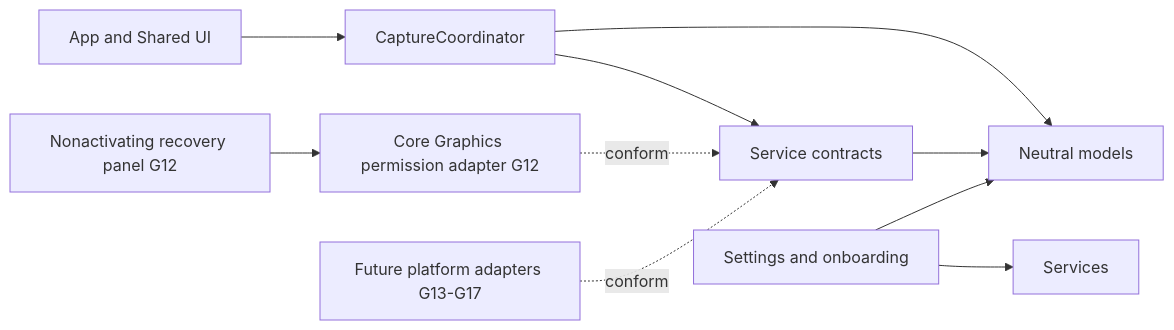
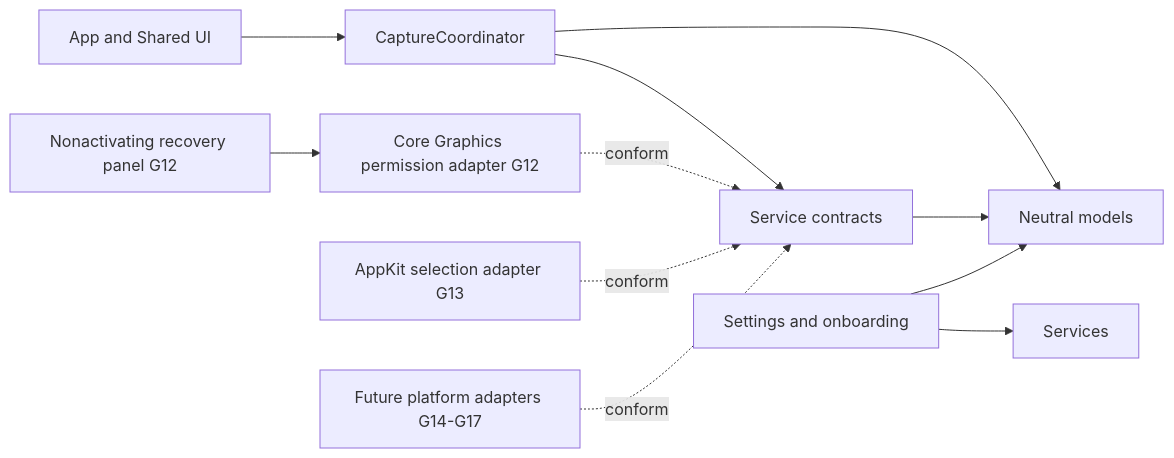
The first of 2 diagrams in docs/architecture/overview.md (bennetthilberg/copylasso), drawn with Mermaid before and after one commit. The commit also changed other lines of this file and 18 other files, not shown here.

````diff
--- a/docs/architecture/overview.md
+++ b/docs/architecture/overview.md
@@ -7,12 +7,13 @@
 ```mermaid
 flowchart LR
   App["App and Shared UI"] --> Coordinator["CaptureCoordinator"]
   Coordinator --> Contracts["Service contracts"]
   Coordinator --> Models["Neutral models"]
   Contracts --> Models
   Settings["Settings and onboarding"] --> Services
   Settings --> Models
   Permission["Core Graphics permission adapter G12"] -. conform .-> Contracts
   Recovery["Nonactivating recovery panel G12"] --> Permission
-  Adapters["Future platform adapters G13-G17"] -. conform .-> Contracts
+  Selection["AppKit selection adapter G13"] -. conform .-> Contracts
+  Adapters["Future platform adapters G14-G17"] -. conform .-> Contracts
 ```
````
